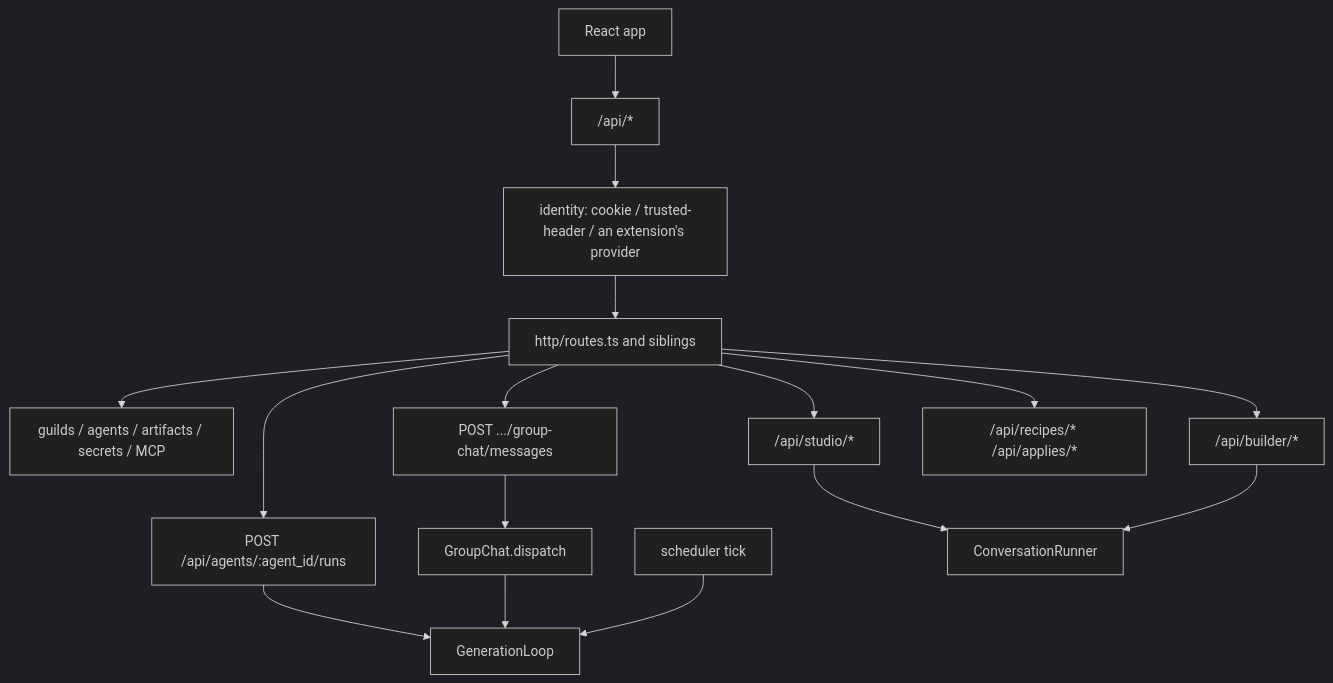
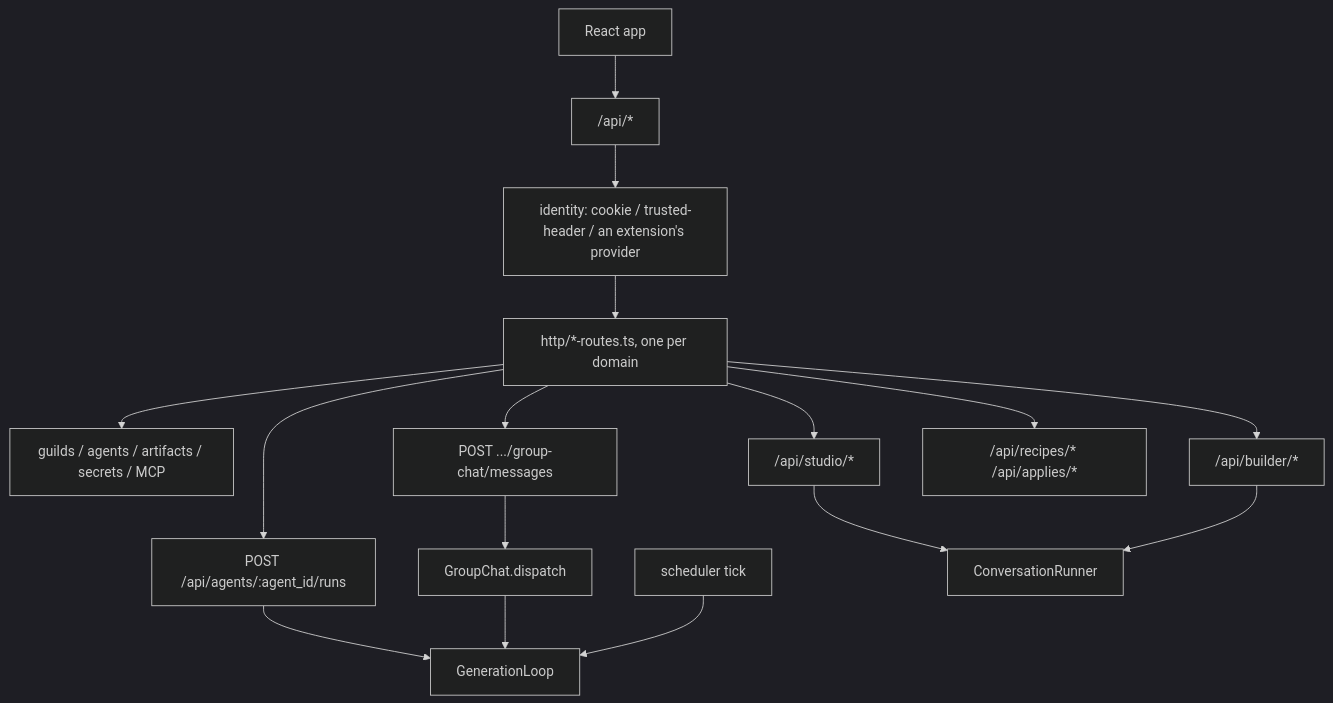
One commit to CigaleAI/guilds changed the second of 3 diagrams in docs/architecture/orchestrator.md. Above: the diagram before and after it, drawn with Mermaid (dark theme). The commit also changed other lines of this file and 14 other files, not shown here.

First line of the commit message:
Move the connection start and OAuth callback routes over oauth/, leaving routes.ts the registry of the domain route files

````diff
--- a/docs/architecture/orchestrator.md
+++ b/docs/architecture/orchestrator.md
@@ -225,18 +225,18 @@
 ```mermaid
 flowchart TD
   UI["React app"] --> API["/api/*"]
   API --> ID["identity: cookie / trusted-header / an extension's provider"]
-  ID --> R["http/routes.ts and siblings"]
+  ID --> R["http/*-routes.ts, one per domain"]
   R --> CRUD["guilds / agents / artifacts / secrets / MCP"]
   R --> Run["POST /api/agents/:agent_id/runs"]
   R --> Group["POST .../group-chat/messages"]
   R --> Studio["/api/studio/*"]
   R --> Builder["/api/builder/*"]
   R --> Recipes["/api/recipes/* /api/applies/*"]
   Run --> GL["GenerationLoop"]
   Group --> GC["GroupChat.dispatch"]
   GC --> GL
   Cron["scheduler tick"] --> GL
   Studio --> CR["ConversationRunner"]
   Builder --> CR
 ```
````
